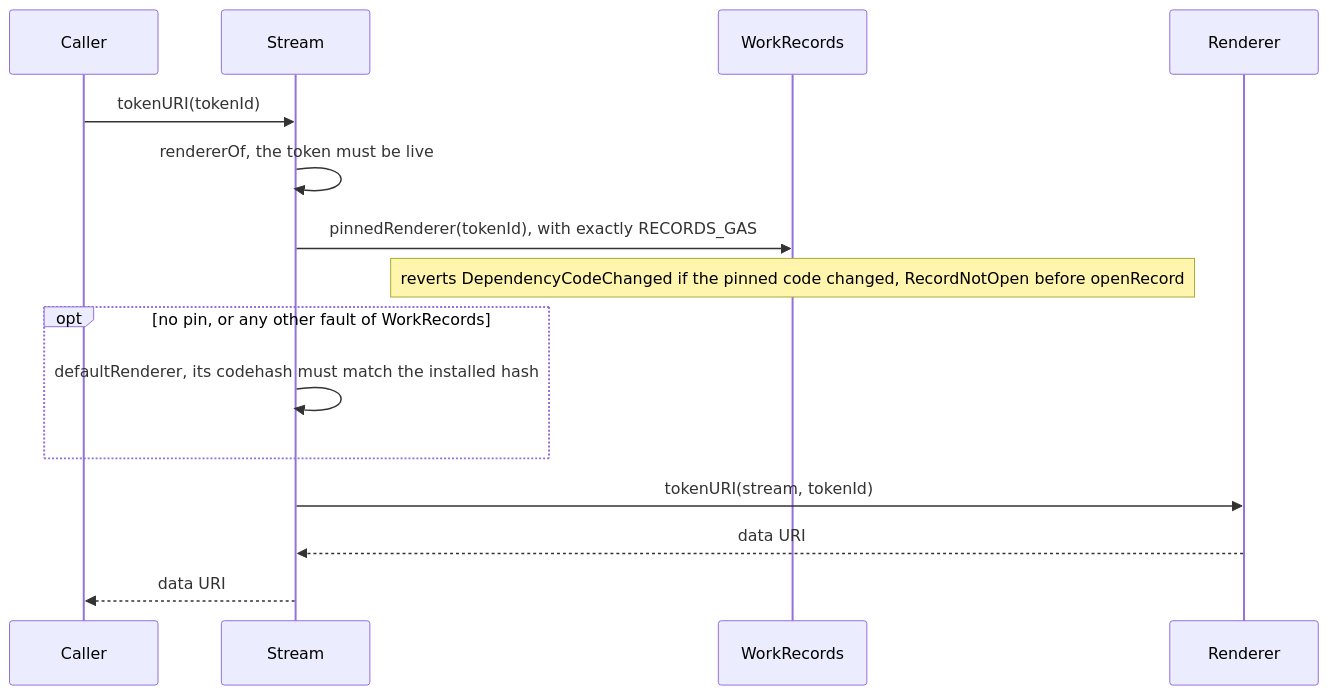
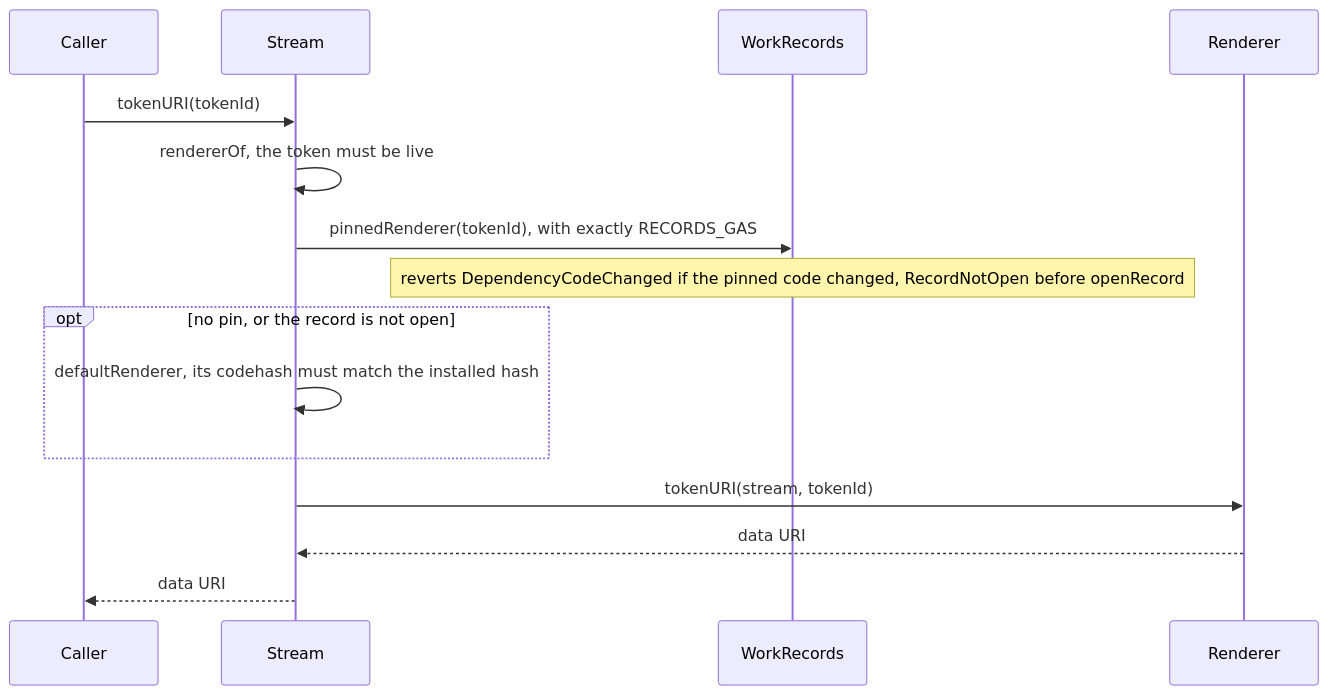
Before and after one commit to 6529-Collections/6529-works: the third of 6 diagrams in docs/spec/rendering-and-tokenuri.md, drawn with Mermaid. The commit also changed other lines of this file and 5 other files, not shown here.

````diff
--- a/docs/spec/rendering-and-tokenuri.md
+++ b/docs/spec/rendering-and-tokenuri.md
@@ -115,17 +115,17 @@
 ```mermaid
 sequenceDiagram
     participant C as Caller
     participant S as Stream
     participant W as WorkRecords
     participant R as Renderer
     C->>S: tokenURI(tokenId)
     S->>S: rendererOf, the token must be live
     S->>W: pinnedRenderer(tokenId), with exactly RECORDS_GAS
     Note over W: reverts DependencyCodeChanged if the pinned code changed, RecordNotOpen before openRecord
-    opt no pin, or any other fault of WorkRecords
+    opt no pin, or the record is not open
         S->>S: defaultRenderer, its codehash must match the installed hash
     end
     S->>R: tokenURI(stream, tokenId)
     R-->>S: data URI
     S-->>C: data URI
 ```
````
